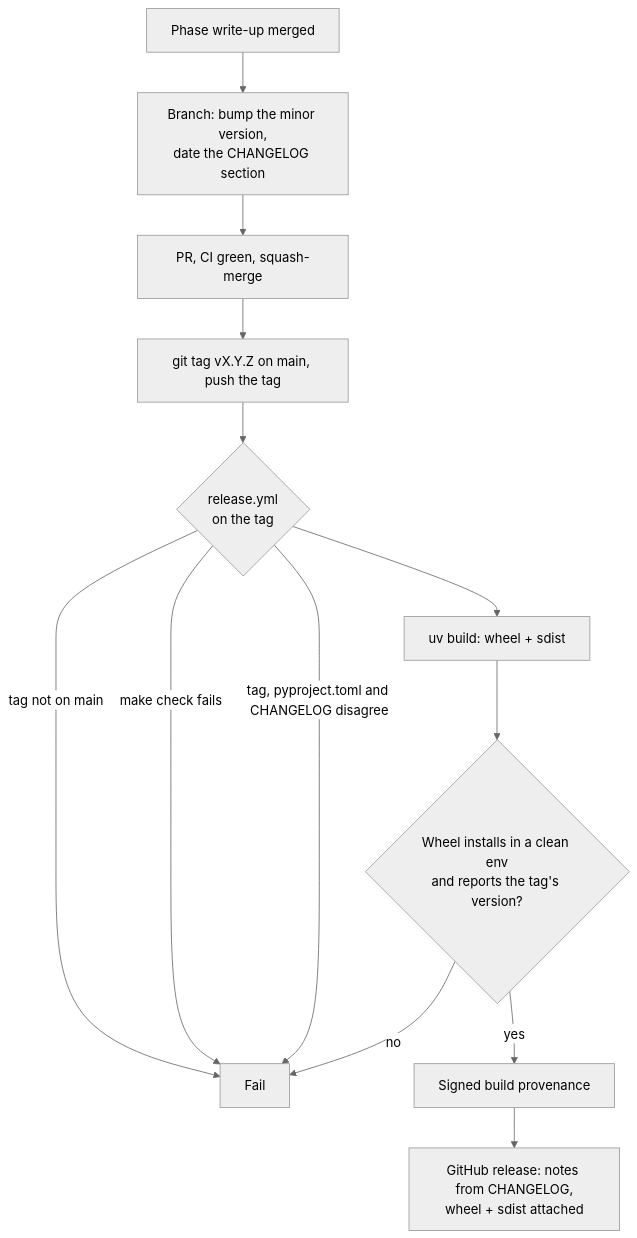
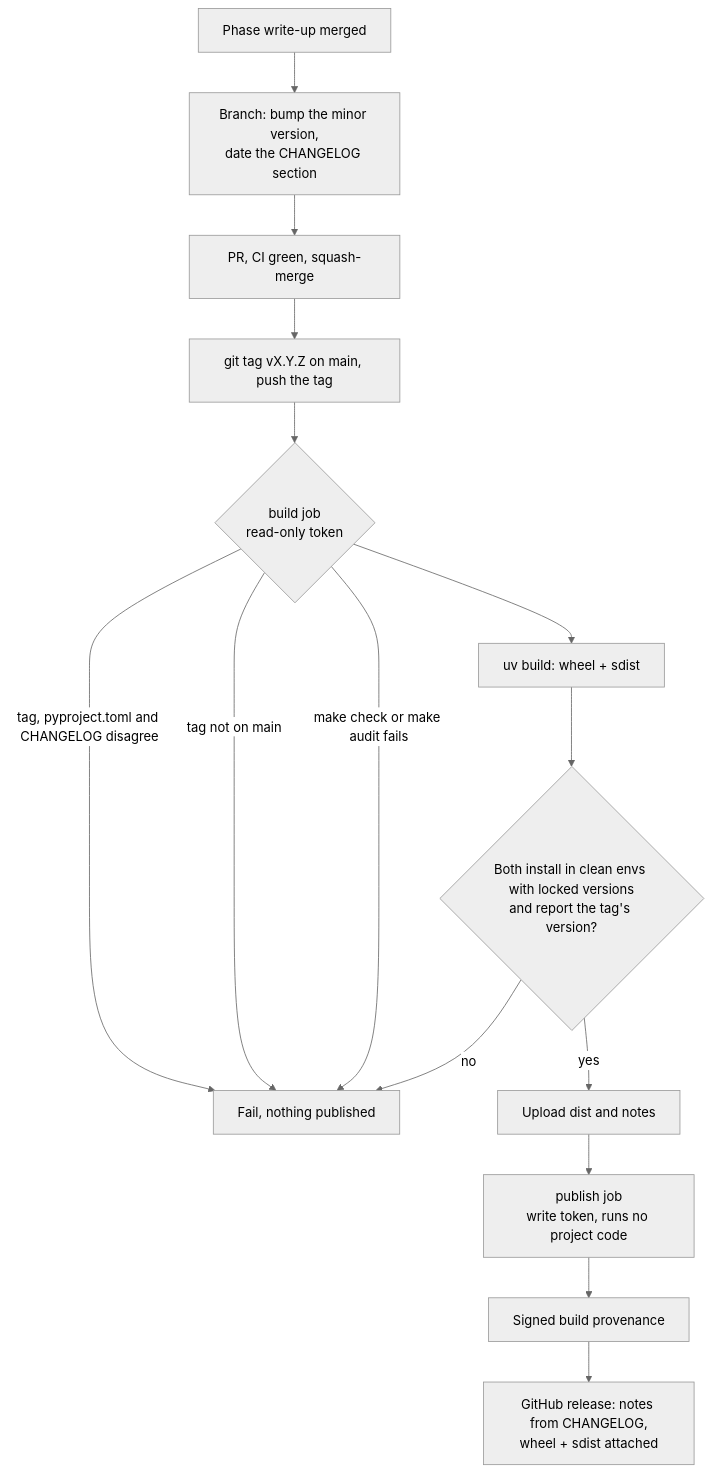
One commit to Ekanth-Sai/pitwall changed the second of 2 diagrams in docs/design/dev-pipeline.md. Above: the diagram before and after it, drawn with Mermaid (neutral theme). The commit also changed other lines of this file and 3 other files, not shown here.

Commit message:
P0.10: fix release-notes section end, split release workflow into build and publish

````diff
--- a/docs/design/dev-pipeline.md
+++ b/docs/design/dev-pipeline.md
@@ -25,15 +25,17 @@
 ```mermaid
 flowchart TD
     A["Phase write-up merged"] --> B["Branch: bump the minor version,<br/>date the CHANGELOG section"]
     B --> C["PR, CI green, squash-merge"]
     C --> D["git tag vX.Y.Z on main, push the tag"]
-    D --> E{"release.yml<br/>on the tag"}
-    E -->|"tag not on main"| X["Fail"]
-    E -->|"make check fails"| X
-    E -->|"tag, pyproject.toml and CHANGELOG disagree"| X
+    D --> E{"build job<br/>read-only token"}
+    E -->|"tag, pyproject.toml and CHANGELOG disagree"| X["Fail, nothing published"]
+    E -->|"tag not on main"| X
+    E -->|"make check or make audit fails"| X
     E --> F["uv build: wheel + sdist"]
-    F --> G{"Wheel installs in a clean env<br/>and reports the tag's version?"}
+    F --> G{"Both install in clean envs with locked versions<br/>and report the tag's version?"}
     G -->|"no"| X
-    G -->|"yes"| H["Signed build provenance"]
-    H --> I["GitHub release: notes from CHANGELOG,<br/>wheel + sdist attached"]
+    G -->|"yes"| H["Upload dist and notes"]
+    H --> I["publish job<br/>write token, runs no project code"]
+    I --> J["Signed build provenance"]
+    J --> K["GitHub release: notes from CHANGELOG,<br/>wheel + sdist attached"]
 ```
````
